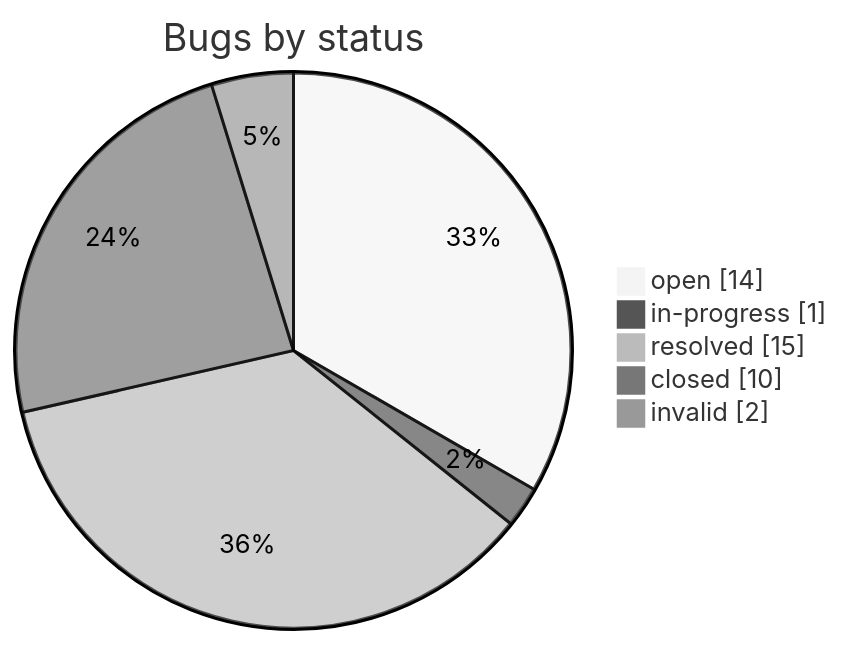
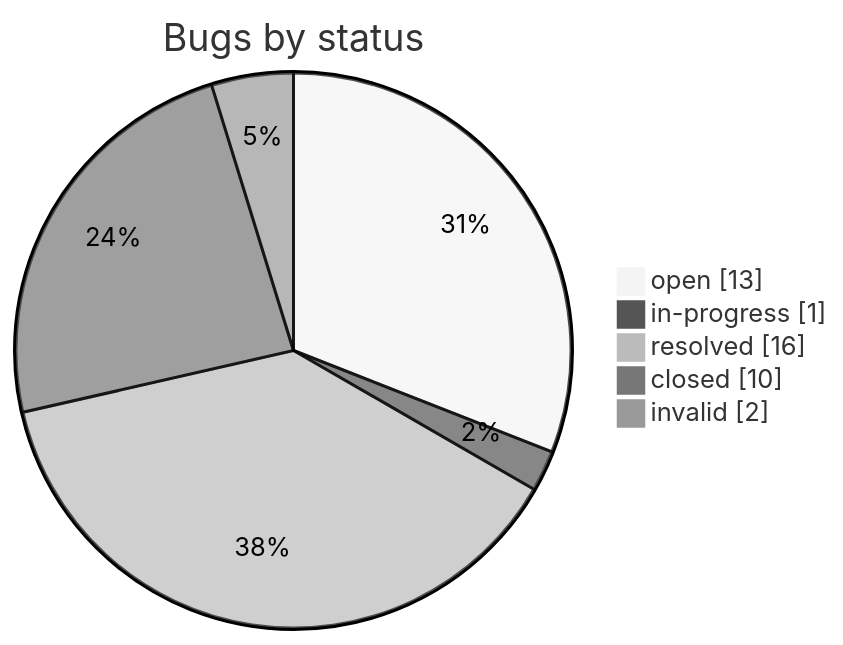
One commit to iammaxsu/automatic-testing-architecture changed the second of 2 diagrams in STATUS.md. Above: the diagram before and after it, drawn with Mermaid (neutral theme). The commit also changed other lines of this file and 5 other files, not shown here.

````diff
--- a/STATUS.md
+++ b/STATUS.md
@@ -165,8 +165,8 @@
 ```mermaid
 pie showData title Bugs by status
-    "open" : 14
+    "open" : 13
     "in-progress" : 1
-    "resolved" : 15
+    "resolved" : 16
     "closed" : 10
     "invalid" : 2
 ```
````
